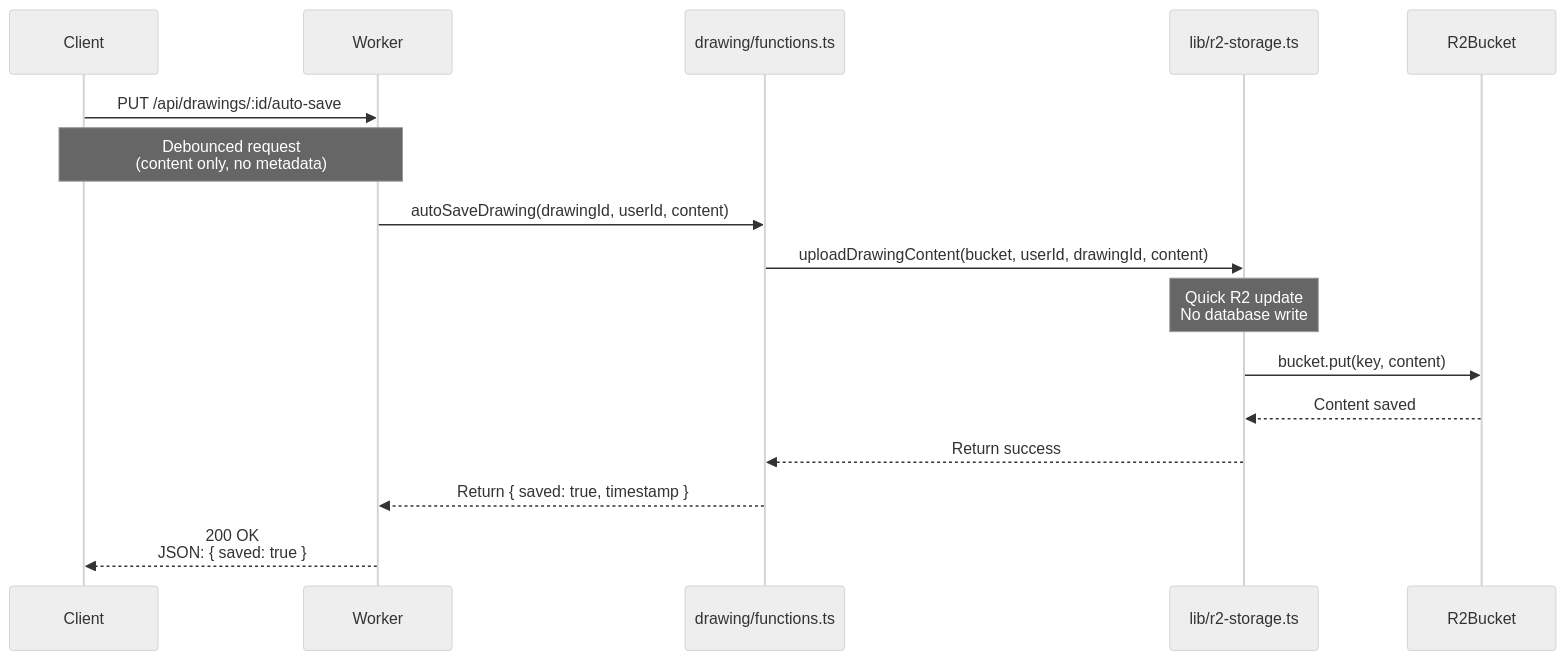
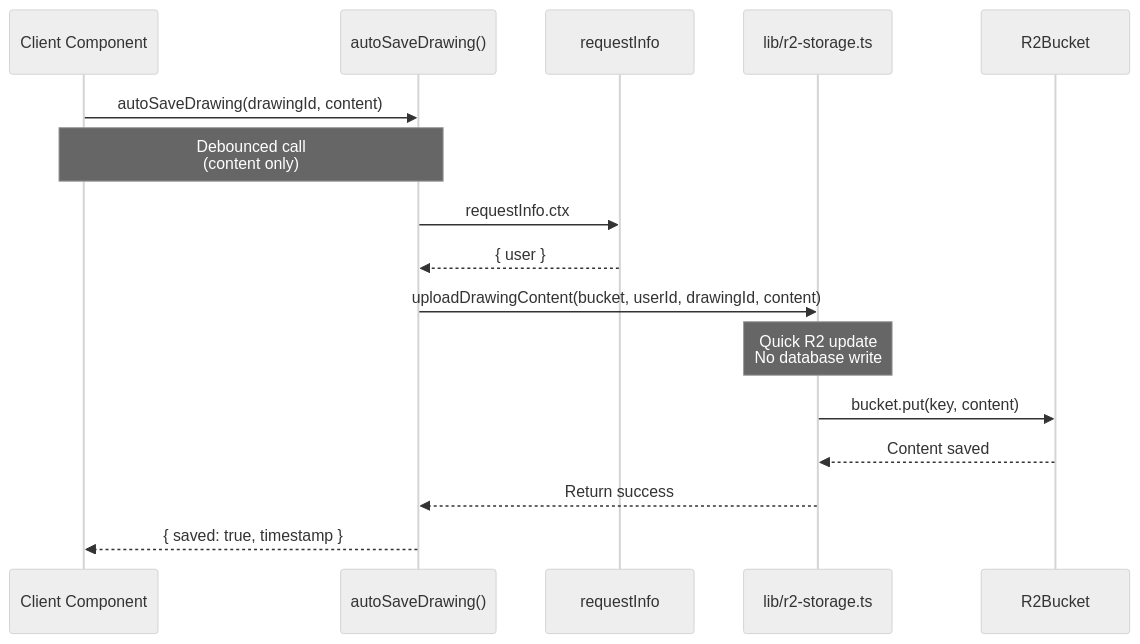
Before and after one commit to pddhkt/excalidraw-redwood-app: the second of 6 diagrams in DRAWING_API_DOCUMENTATION.md, drawn with Mermaid (neutral theme). The commit also changed other lines of this file, not shown here.

First line of the commit message:
Update drawing API documentation to use RedwoodSDK server functions

````diff
--- a/DRAWING_API_DOCUMENTATION.md
+++ b/DRAWING_API_DOCUMENTATION.md
@@ -171,22 +170,22 @@
 ```mermaid
 sequenceDiagram
-    participant Client
-    participant Worker
-    participant Functions as drawing/functions.ts
+    participant ClientComponent as Client Component
+    participant ServerFunction as autoSaveDrawing()
+    participant RequestInfo as requestInfo
     participant R2Utils as lib/r2-storage.ts
     participant R2Bucket
 
-    Client->>Worker: PUT /api/drawings/:id/auto-save
-    Note over Client,Worker: Debounced request<br/>(content only, no metadata)
+    ClientComponent->>ServerFunction: autoSaveDrawing(drawingId, content)
+    Note over ClientComponent,ServerFunction: Debounced call<br/>(content only)
 
-    Worker->>Functions: autoSaveDrawing(drawingId, userId, content)
+    ServerFunction->>RequestInfo: requestInfo.ctx
+    RequestInfo-->>ServerFunction: { user }
 
-    Functions->>R2Utils: uploadDrawingContent(bucket, userId, drawingId, content)
+    ServerFunction->>R2Utils: uploadDrawingContent(bucket, userId, drawingId, content)
     Note over R2Utils: Quick R2 update<br/>No database write
     R2Utils->>R2Bucket: bucket.put(key, content)
     R2Bucket-->>R2Utils: Content saved
-    R2Utils-->>Functions: Return success
+    R2Utils-->>ServerFunction: Return success
 
-    Functions-->>Worker: Return { saved: true, timestamp }
-    Worker-->>Client: 200 OK<br/>JSON: { saved: true }
+    ServerFunction-->>ClientComponent: { saved: true, timestamp }
 ```
````
